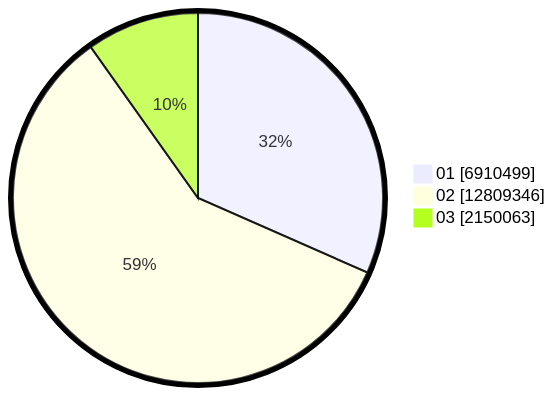
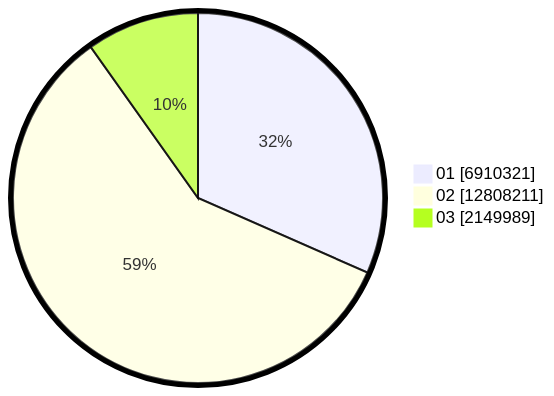
One commit to gigit-pemilu/pemilu-2024 changed the second of 2 diagrams in pilpres/hitung-suara/sub/table-wilayah-32.md. Above: the diagram before and after it, drawn with Mermaid. The commit also changed other lines of this file and 11 other files, not shown here.

````diff
--- a/pilpres/hitung-suara/sub/table-wilayah-32.md
+++ b/pilpres/hitung-suara/sub/table-wilayah-32.md
@@ -15,7 +15,7 @@
 ```mermaid
 %%{init: {"pie": {"textPosition": 0.5}, "themeVariables": {"pieOuterStrokeWidth": "5px"}} }%%
 pie showData
-    "01" : 6910499
-    "02" : 12809346
-    "03" : 2150063
+    "01" : 6910321
+    "02" : 12808211
+    "03" : 2149989
 ```
````
